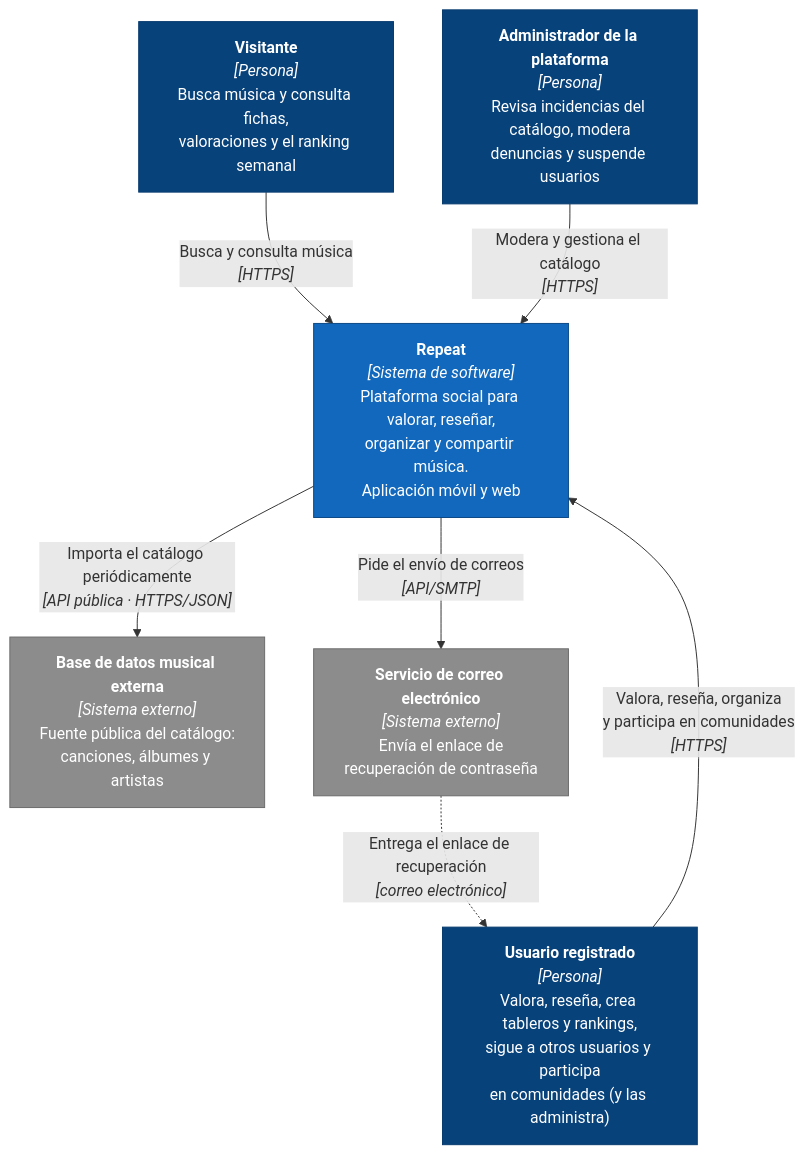
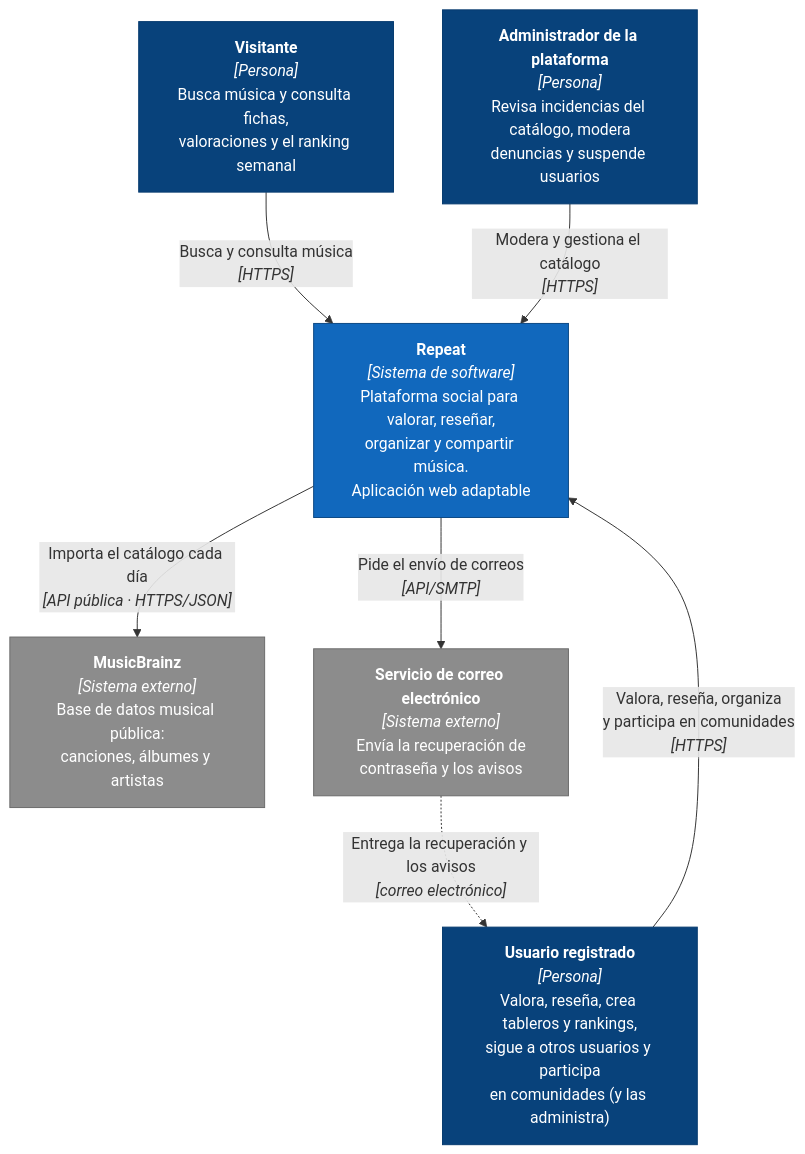
One commit to martaavlez/2026-2027-ISW-Grupo-C changed the diagram in docs/arquitectura/c4-contexto.md. Above: the diagram before and after it, drawn with Mermaid. The commit also changed other lines of this file and 22 other files, not shown here.

````diff
--- a/docs/arquitectura/c4-contexto.md
+++ b/docs/arquitectura/c4-contexto.md
@@ -5,25 +5,25 @@
 ```mermaid
 flowchart TB
   visitante["<b>Visitante</b><br/><i>[Persona]</i><br/>Busca música y consulta fichas,<br/>valoraciones y el ranking semanal"]
   usuario["<b>Usuario registrado</b><br/><i>[Persona]</i><br/>Valora, reseña, crea tableros y rankings,<br/>sigue a otros usuarios y participa<br/>en comunidades (y las administra)"]
   admin["<b>Administrador de la plataforma</b><br/><i>[Persona]</i><br/>Revisa incidencias del catálogo, modera<br/>denuncias y suspende usuarios"]
 
-  repeat["<b>Repeat</b><br/><i>[Sistema de software]</i><br/>Plataforma social para valorar, reseñar,<br/>organizar y compartir música.<br/>Aplicación móvil y web"]
+  repeat["<b>Repeat</b><br/><i>[Sistema de software]</i><br/>Plataforma social para valorar, reseñar,<br/>organizar y compartir música.<br/>Aplicación web adaptable"]
 
-  musica["<b>Base de datos musical externa</b><br/><i>[Sistema externo]</i><br/>Fuente pública del catálogo:<br/>canciones, álbumes y artistas"]
-  correo["<b>Servicio de correo electrónico</b><br/><i>[Sistema externo]</i><br/>Envía el enlace de<br/>recuperación de contraseña"]
+  musica["<b>MusicBrainz</b><br/><i>[Sistema externo]</i><br/>Base de datos musical pública:<br/>canciones, álbumes y artistas"]
+  correo["<b>Servicio de correo electrónico</b><br/><i>[Sistema externo]</i><br/>Envía la recuperación de<br/>contraseña y los avisos"]
 
   visitante -- "Busca y consulta música<br/><i>[HTTPS]</i>" --> repeat
   usuario -- "Valora, reseña, organiza<br/>y participa en comunidades<br/><i>[HTTPS]</i>" --> repeat
   admin -- "Modera y gestiona el catálogo<br/><i>[HTTPS]</i>" --> repeat
-  repeat -- "Importa el catálogo periódicamente<br/><i>[API pública · HTTPS/JSON]</i>" --> musica
+  repeat -- "Importa el catálogo cada día<br/><i>[API pública · HTTPS/JSON]</i>" --> musica
   repeat -- "Pide el envío de correos<br/><i>[API/SMTP]</i>" --> correo
-  correo -. "Entrega el enlace de recuperación<br/><i>[correo electrónico]</i>" .-> usuario
+  correo -. "Entrega la recuperación y los avisos<br/><i>[correo electrónico]</i>" .-> usuario
 
   classDef person fill:#08427B,stroke:#073B6F,color:#fff
   classDef system fill:#1168BD,stroke:#0B4884,color:#fff
   classDef external fill:#8C8C8C,stroke:#6B6B6B,color:#fff
   class visitante,usuario,admin person
   class repeat system
   class musica,correo external
 ```
````
